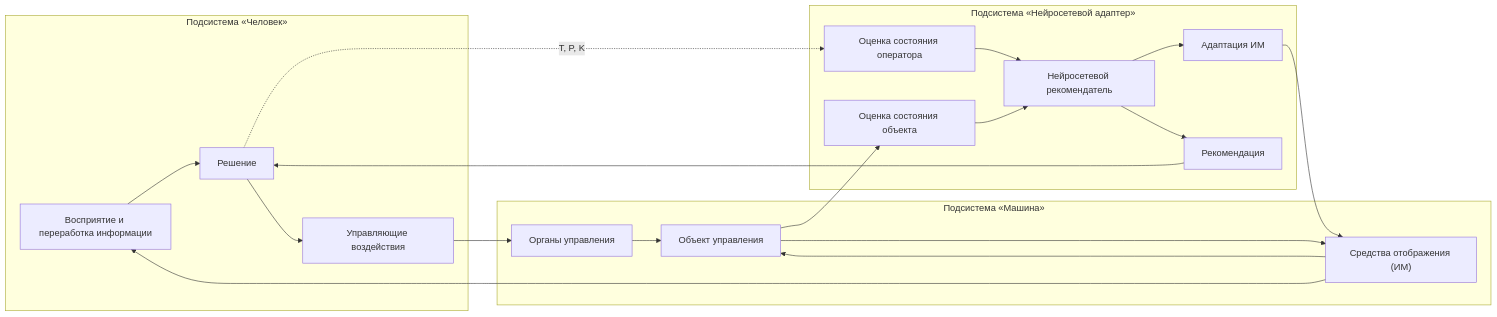
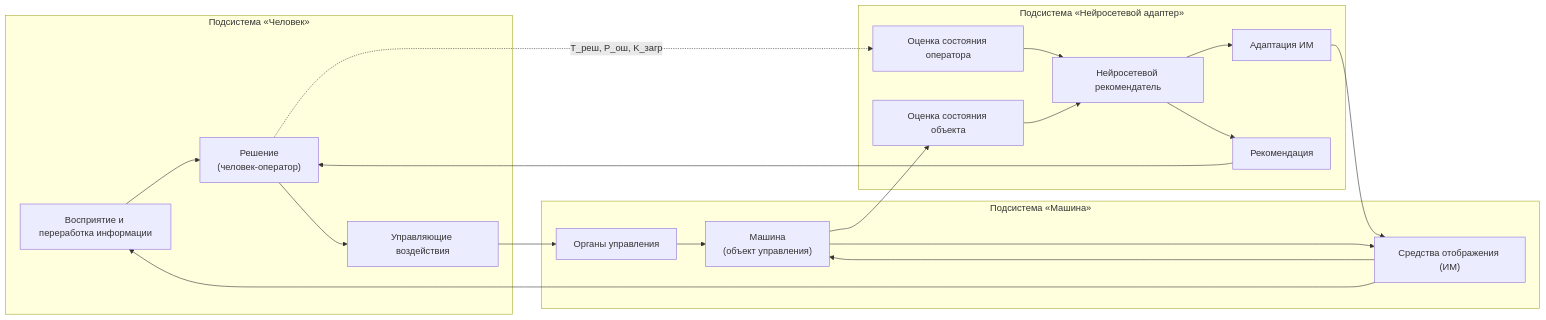
Before and after one commit to RedAlexDad/WalkingRobotSim: the third of 4 diagrams in docs/ergonomics-methodology/reaction-time/2026-10-25_adaptive-recommender-narrowing.md, drawn with Mermaid. The commit also changed other lines of this file, not shown here.

First line of the commit message:
docs: уточнить схему с нейросетевым адаптером

````diff
--- a/docs/ergonomics-methodology/reaction-time/2026-10-25_adaptive-recommender-narrowing.md
+++ b/docs/ergonomics-methodology/reaction-time/2026-10-25_adaptive-recommender-narrowing.md
@@ -256,23 +271,23 @@
 ```mermaid
 flowchart LR
   subgraph H["Подсистема «Человек»"]
-    H1["Восприятие и переработка информации"] --> H2["Решение"] --> H3["Управляющие воздействия"]
+    H1["Восприятие и переработка информации"] --> H2["Решение<br/>(человек-оператор)"] --> H3["Управляющие воздействия"]
   end
   subgraph AI["Подсистема «Нейросетевой адаптер»"]
     A1["Оценка состояния оператора"] --> A2["Нейросетевой рекомендатель"]
     A3["Оценка состояния объекта"] --> A2
     A2 --> A4["Адаптация ИМ"]
     A2 --> A5["Рекомендация"]
   end
   subgraph M["Подсистема «Машина»"]
-    M1["Средства отображения (ИМ)"] --> M2["Объект управления"]
+    M1["Средства отображения (ИМ)"] --> M2["Машина<br/>(объект управления)"]
     M3["Органы управления"] --> M2
   end
   M1 --> H1
   A4 --> M1
   A5 --> H2
-  H2 -. "T, P, K" .-> A1
+  H2 -. "T_реш, P_ош, K_загр" .-> A1
   H3 --> M3
   M2 --> A3
   M2 --> M1
 ```
````
